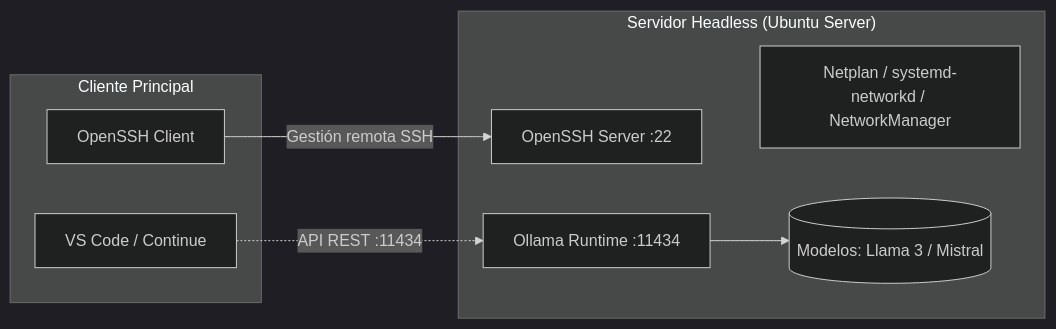
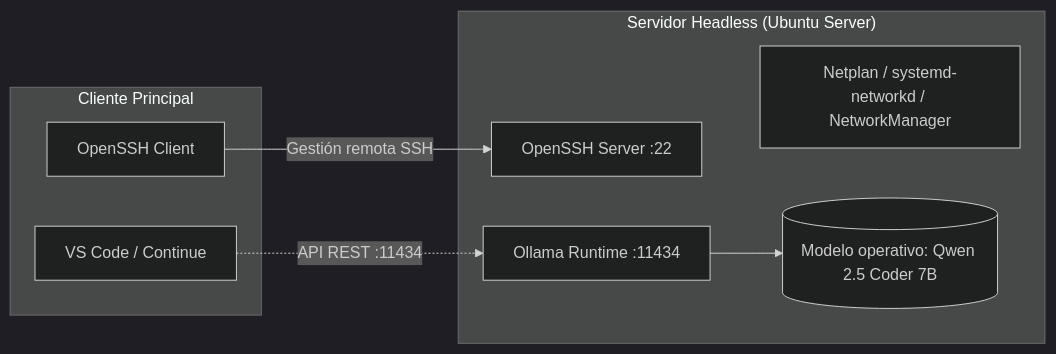
Before and after one commit to lanuzalorenzo/ai-agent-local-lab: the diagram in docs/server-deployment-ubuntu-ollama.md, drawn with Mermaid (dark theme). The commit also changed other lines of this file, not shown here.

Commit message:
docs(docs): align server deployment model references

````diff
--- a/docs/server-deployment-ubuntu-ollama.md
+++ b/docs/server-deployment-ubuntu-ollama.md
@@ -16,18 +16,18 @@
 ```mermaid
 flowchart LR
     subgraph Client["Cliente Principal"]
         SSH[OpenSSH Client]
         VSCode[VS Code / Continue]
     end
 
     subgraph Server["Servidor Headless (Ubuntu Server)"]
         Net[Netplan / systemd-networkd / NetworkManager]
         SSHD[OpenSSH Server :22]
         Ollama[Ollama Runtime :11434]
-        LLM[(Modelos: Llama 3 / Mistral)]
+        LLM[(Modelo operativo: Qwen 2.5 Coder 7B)]
     end
 
     SSH -->|Gestión remota SSH| SSHD
     VSCode -.->|API REST :11434| Ollama
     Ollama --> LLM
 ```
````
